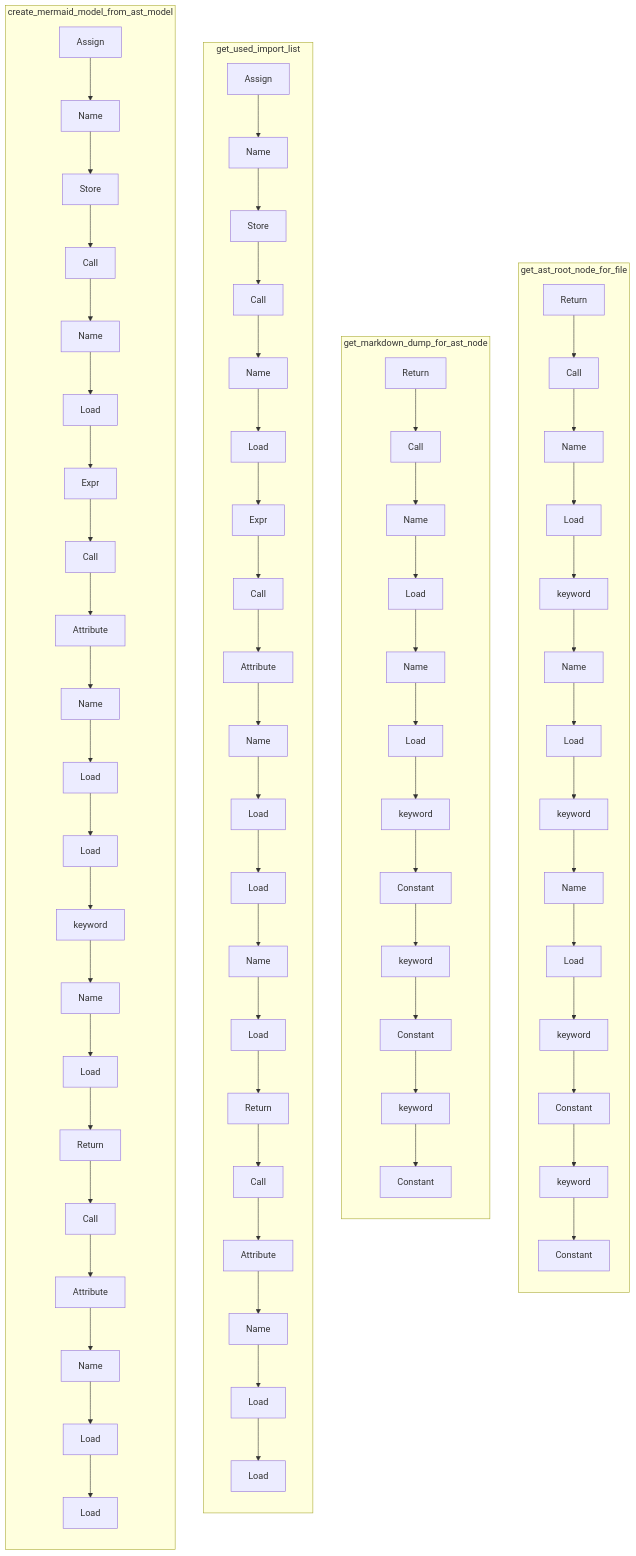
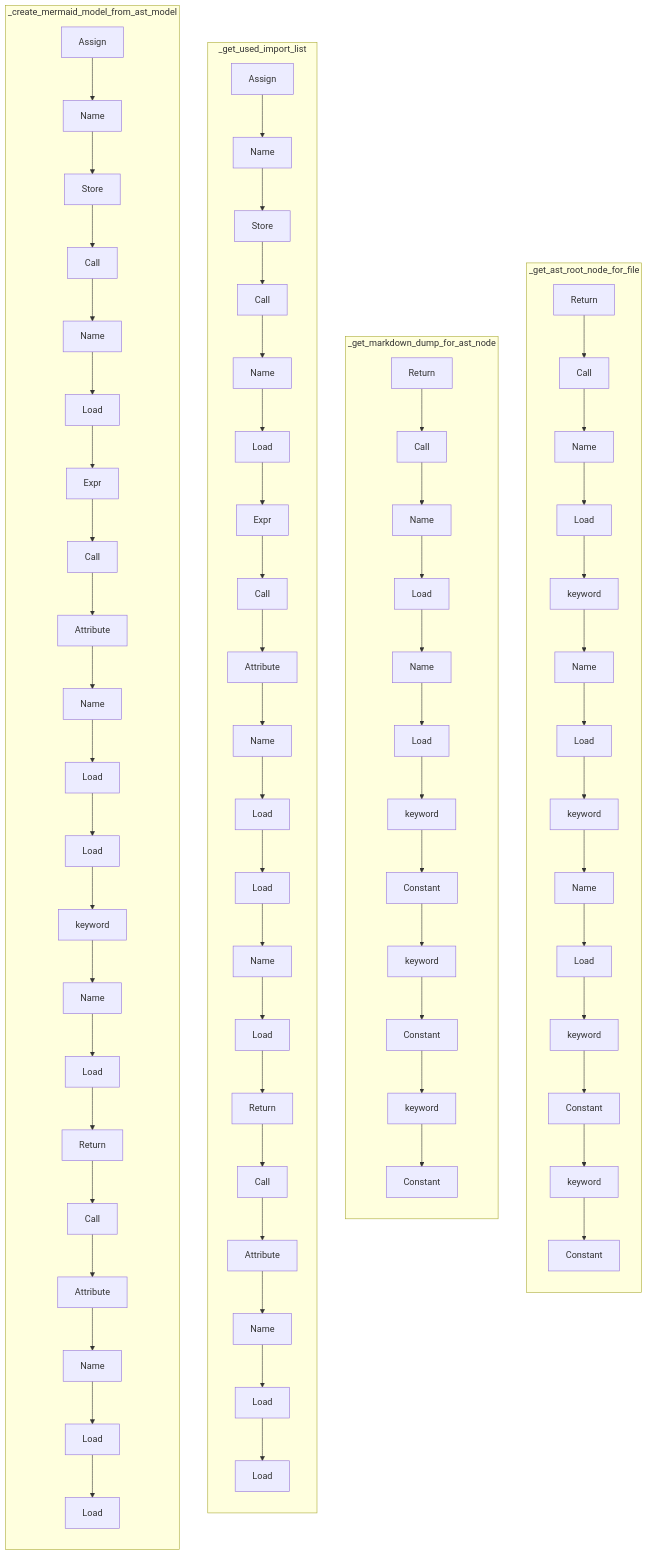
The diagram in docs/pyremaid/ast_tools/ast_tools.py.md (MichaelReel/pyremaid), drawn with Mermaid before and after one commit. The commit also changed 12 other files, not shown here.

````diff
--- a/docs/pyremaid/ast_tools/ast_tools.py.md
+++ b/docs/pyremaid/ast_tools/ast_tools.py.md
@@ -14,147 +14,147 @@
 ```mermaid
 flowchart TB
-  _get_ast_root_node_for_file_node_0["Return"]
-  _get_ast_root_node_for_file_node_1["Call"]
-  _get_ast_root_node_for_file_node_2["Name"]
-  _get_ast_root_node_for_file_node_3["Load"]
-  _get_ast_root_node_for_file_node_4["keyword"]
-  _get_ast_root_node_for_file_node_5["Name"]
-  _get_ast_root_node_for_file_node_6["Load"]
-  _get_ast_root_node_for_file_node_7["keyword"]
-  _get_ast_root_node_for_file_node_8["Name"]
-  _get_ast_root_node_for_file_node_9["Load"]
-  _get_ast_root_node_for_file_node_10["keyword"]
-  _get_ast_root_node_for_file_node_11["Constant"]
-  _get_ast_root_node_for_file_node_12["keyword"]
-  _get_ast_root_node_for_file_node_13["Constant"]
-  _get_markdown_dump_for_ast_node_node_0["Return"]
-  _get_markdown_dump_for_ast_node_node_1["Call"]
-  _get_markdown_dump_for_ast_node_node_2["Name"]
-  _get_markdown_dump_for_ast_node_node_3["Load"]
-  _get_markdown_dump_for_ast_node_node_4["Name"]
-  _get_markdown_dump_for_ast_node_node_5["Load"]
-  _get_markdown_dump_for_ast_node_node_6["keyword"]
-  _get_markdown_dump_for_ast_node_node_7["Constant"]
-  _get_markdown_dump_for_ast_node_node_8["keyword"]
-  _get_markdown_dump_for_ast_node_node_9["Constant"]
-  _get_markdown_dump_for_ast_node_node_10["keyword"]
-  _get_markdown_dump_for_ast_node_node_11["Constant"]
-  _get_used_import_list_node_0["Assign"]
-  _get_used_import_list_node_1["Name"]
-  _get_used_import_list_node_2["Store"]
-  _get_used_import_list_node_3["Call"]
-  _get_used_import_list_node_4["Name"]
-  _get_used_import_list_node_5["Load"]
-  _get_used_import_list_node_6["Expr"]
-  _get_used_import_list_node_7["Call"]
-  _get_used_import_list_node_8["Attribute"]
-  _get_used_import_list_node_9["Name"]
-  _get_used_import_list_node_10["Load"]
-  _get_used_import_list_node_11["Load"]
-  _get_used_import_list_node_12["Name"]
-  _get_used_import_list_node_13["Load"]
-  _get_used_import_list_node_14["Return"]
-  _get_used_import_list_node_15["Call"]
-  _get_used_import_list_node_16["Attribute"]
-  _get_used_import_list_node_17["Name"]
-  _get_used_import_list_node_18["Load"]
-  _get_used_import_list_node_19["Load"]
-  _create_mermaid_model_from_ast_model_node_0["Assign"]
-  _create_mermaid_model_from_ast_model_node_1["Name"]
-  _create_mermaid_model_from_ast_model_node_2["Store"]
-  _create_mermaid_model_from_ast_model_node_3["Call"]
-  _create_mermaid_model_from_ast_model_node_4["Name"]
-  _create_mermaid_model_from_ast_model_node_5["Load"]
-  _create_mermaid_model_from_ast_model_node_6["Expr"]
-  _create_mermaid_model_from_ast_model_node_7["Call"]
-  _create_mermaid_model_from_ast_model_node_8["Attribute"]
-  _create_mermaid_model_from_ast_model_node_9["Name"]
-  _create_mermaid_model_from_ast_model_node_10["Load"]
-  _create_mermaid_model_from_ast_model_node_11["Load"]
-  _create_mermaid_model_from_ast_model_node_12["keyword"]
-  _create_mermaid_model_from_ast_model_node_13["Name"]
-  _create_mermaid_model_from_ast_model_node_14["Load"]
-  _create_mermaid_model_from_ast_model_node_15["Return"]
-  _create_mermaid_model_from_ast_model_node_16["Call"]
-  _create_mermaid_model_from_ast_model_node_17["Attribute"]
-  _create_mermaid_model_from_ast_model_node_18["Name"]
-  _create_mermaid_model_from_ast_model_node_19["Load"]
-  _create_mermaid_model_from_ast_model_node_20["Load"]
+  _f48_n1433["Return"]
+  _f48_n1434["Call"]
+  _f48_n1435["Name"]
+  _f48_n1436["Load"]
+  _f48_n1437["keyword"]
+  _f48_n1438["Name"]
+  _f48_n1439["Load"]
+  _f48_n1440["keyword"]
+  _f48_n1441["Name"]
+  _f48_n1442["Load"]
+  _f48_n1443["keyword"]
+  _f48_n1444["Constant"]
+  _f48_n1445["keyword"]
+  _f48_n1446["Constant"]
+  _f49_n1447["Return"]
+  _f49_n1448["Call"]
+  _f49_n1449["Name"]
+  _f49_n1450["Load"]
+  _f49_n1451["Name"]
+  _f49_n1452["Load"]
+  _f49_n1453["keyword"]
+  _f49_n1454["Constant"]
+  _f49_n1455["keyword"]
+  _f49_n1456["Constant"]
+  _f49_n1457["keyword"]
+  _f49_n1458["Constant"]
+  _f50_n1459["Assign"]
+  _f50_n1460["Name"]
+  _f50_n1461["Store"]
+  _f50_n1462["Call"]
+  _f50_n1463["Name"]
+  _f50_n1464["Load"]
+  _f50_n1465["Expr"]
+  _f50_n1466["Call"]
+  _f50_n1467["Attribute"]
+  _f50_n1468["Name"]
+  _f50_n1469["Load"]
+  _f50_n1470["Load"]
+  _f50_n1471["Name"]
+  _f50_n1472["Load"]
+  _f50_n1473["Return"]
+  _f50_n1474["Call"]
+  _f50_n1475["Attribute"]
+  _f50_n1476["Name"]
+  _f50_n1477["Load"]
+  _f50_n1478["Load"]
+  _f51_n1479["Assign"]
+  _f51_n1480["Name"]
+  _f51_n1481["Store"]
+  _f51_n1482["Call"]
+  _f51_n1483["Name"]
+  _f51_n1484["Load"]
+  _f51_n1485["Expr"]
+  _f51_n1486["Call"]
+  _f51_n1487["Attribute"]
+  _f51_n1488["Name"]
+  _f51_n1489["Load"]
+  _f51_n1490["Load"]
+  _f51_n1491["keyword"]
+  _f51_n1492["Name"]
+  _f51_n1493["Load"]
+  _f51_n1494["Return"]
+  _f51_n1495["Call"]
+  _f51_n1496["Attribute"]
+  _f51_n1497["Name"]
+  _f51_n1498["Load"]
+  _f51_n1499["Load"]
 
-  subgraph get_ast_root_node_for_file
+  subgraph _get_ast_root_node_for_file
     direction TB
-    _get_ast_root_node_for_file_node_0 --> _get_ast_root_node_for_file_node_1
-    _get_ast_root_node_for_file_node_1 --> _get_ast_root_node_for_file_node_2
-    _get_ast_root_node_for_file_node_2 --> _get_ast_root_node_for_file_node_3
-    _get_ast_root_node_for_file_node_3 --> _get_ast_root_node_for_file_node_4
-    _get_ast_root_node_for_file_node_4 --> _get_ast_root_node_for_file_node_5
-    _get_ast_root_node_for_file_node_5 --> _get_ast_root_node_for_file_node_6
-    _get_ast_root_node_for_file_node_6 --> _get_ast_root_node_for_file_node_7
-    _get_ast_root_node_for_file_node_7 --> _get_ast_root_node_for_file_node_8
-    _get_ast_root_node_for_file_node_8 --> _get_ast_root_node_for_file_node_9
-    _get_ast_root_node_for_file_node_9 --> _get_ast_root_node_for_file_node_10
-    _get_ast_root_node_for_file_node_10 --> _get_ast_root_node_for_file_node_11
-    _get_ast_root_node_for_file_node_11 --> _get_ast_root_node_for_file_node_12
-    _get_ast_root_node_for_file_node_12 --> _get_ast_root_node_for_file_node_13
+    _f48_n1433 --> _f48_n1434
+    _f48_n1434 --> _f48_n1435
+    _f48_n1435 --> _f48_n1436
+    _f48_n1436 --> _f48_n1437
+    _f48_n1437 --> _f48_n1438
+    _f48_n1438 --> _f48_n1439
+    _f48_n1439 --> _f48_n1440
+    _f48_n1440 --> _f48_n1441
+    _f48_n1441 --> _f48_n1442
+    _f48_n1442 --> _f48_n1443
+    _f48_n1443 --> _f48_n1444
+    _f48_n1444 --> _f48_n1445
+    _f48_n1445 --> _f48_n1446
   end
-  subgraph get_markdown_dump_for_ast_node
+  subgraph _get_markdown_dump_for_ast_node
     direction TB
-    _get_markdown_dump_for_ast_node_node_0 --> _get_markdown_dump_for_ast_node_node_1
-    _get_markdown_dump_for_ast_node_node_1 --> _get_markdown_dump_for_ast_node_node_2
-    _get_markdown_dump_for_ast_node_node_2 --> _get_markdown_dump_for_ast_node_node_3
-    _get_markdown_dump_for_ast_node_node_3 --> _get_markdown_dump_for_ast_node_node_4
-    _get_markdown_dump_for_ast_node_node_4 --> _get_markdown_dump_for_ast_node_node_5
-    _get_markdown_dump_for_ast_node_node_5 --> _get_markdown_dump_for_ast_node_node_6
-    _get_markdown_dump_for_ast_node_node_6 --> _get_markdown_dump_for_ast_node_node_7
-    _get_markdown_dump_for_ast_node_node_7 --> _get_markdown_dump_for_ast_node_node_8
-    _get_markdown_dump_for_ast_node_node_8 --> _get_markdown_dump_for_ast_node_node_9
-    _get_markdown_dump_for_ast_node_node_9 --> _get_markdown_dump_for_ast_node_node_10
-    _get_markdown_dump_for_ast_node_node_10 --> _get_markdown_dump_for_ast_node_node_11
+    _f49_n1447 --> _f49_n1448
+    _f49_n1448 --> _f49_n1449
+    _f49_n1449 --> _f49_n1450
+    _f49_n1450 --> _f49_n1451
+    _f49_n1451 --> _f49_n1452
+    _f49_n1452 --> _f49_n1453
+    _f49_n1453 --> _f49_n1454
+    _f49_n1454 --> _f49_n1455
+    _f49_n1455 --> _f49_n1456
+    _f49_n1456 --> _f49_n1457
+    _f49_n1457 --> _f49_n1458
   end
-  subgraph get_used_import_list
+  subgraph _get_used_import_list
     direction TB
-    _get_used_import_list_node_0 --> _get_used_import_list_node_1
-    _get_used_import_list_node_1 --> _get_used_import_list_node_2
-    _get_used_import_list_node_2 --> _get_used_import_list_node_3
-    _get_used_import_list_node_3 --> _get_used_import_list_node_4
-    _get_used_import_list_node_4 --> _get_used_import_list_node_5
-    _get_used_import_list_node_5 --> _get_used_import_list_node_6
-    _get_used_import_list_node_6 --> _get_used_import_list_node_7
-    _get_used_import_list_node_7 --> _get_used_import_list_node_8
-    _get_used_import_list_node_8 --> _get_used_import_list_node_9
-    _get_used_import_list_node_9 --> _get_used_import_list_node_10
-    _get_used_import_list_node_10 --> _get_used_import_list_node_11
-    _get_used_import_list_node_11 --> _get_used_import_list_node_12
-    _get_used_import_list_node_12 --> _get_used_import_list_node_13
-    _get_used_import_list_node_13 --> _get_used_import_list_node_14
-    _get_used_import_list_node_14 --> _get_used_import_list_node_15
-    _get_used_import_list_node_15 --> _get_used_import_list_node_16
-    _get_used_import_list_node_16 --> _get_used_import_list_node_17
-    _get_used_import_list_node_17 --> _get_used_import_list_node_18
-    _get_used_import_list_node_18 --> _get_used_import_list_node_19
+    _f50_n1459 --> _f50_n1460
+    _f50_n1460 --> _f50_n1461
+    _f50_n1461 --> _f50_n1462
+    _f50_n1462 --> _f50_n1463
+    _f50_n1463 --> _f50_n1464
+    _f50_n1464 --> _f50_n1465
+    _f50_n1465 --> _f50_n1466
+    _f50_n1466 --> _f50_n1467
+    _f50_n1467 --> _f50_n1468
+    _f50_n1468 --> _f50_n1469
+    _f50_n1469 --> _f50_n1470
+    _f50_n1470 --> _f50_n1471
+    _f50_n1471 --> _f50_n1472
+    _f50_n1472 --> _f50_n1473
+    _f50_n1473 --> _f50_n1474
+    _f50_n1474 --> _f50_n1475
+    _f50_n1475 --> _f50_n1476
+    _f50_n1476 --> _f50_n1477
+    _f50_n1477 --> _f50_n1478
   end
-  subgraph create_mermaid_model_from_ast_model
+  subgraph _create_mermaid_model_from_ast_model
     direction TB
-    _create_mermaid_model_from_ast_model_node_0 --> _create_mermaid_model_from_ast_model_node_1
-    _create_mermaid_model_from_ast_model_node_1 --> _create_mermaid_model_from_ast_model_node_2
-    _create_mermaid_model_from_ast_model_node_2 --> _create_mermaid_model_from_ast_model_node_3
-    _create_mermaid_model_from_ast_model_node_3 --> _create_mermaid_model_from_ast_model_node_4
-    _create_mermaid_model_from_ast_model_node_4 --> _create_mermaid_model_from_ast_model_node_5
-    _create_mermaid_model_from_ast_model_node_5 --> _create_mermaid_model_from_ast_model_node_6
-    _create_mermaid_model_from_ast_model_node_6 --> _create_mermaid_model_from_ast_model_node_7
-    _create_mermaid_model_from_ast_model_node_7 --> _create_mermaid_model_from_ast_model_node_8
-    _create_mermaid_model_from_ast_model_node_8 --> _create_mermaid_model_from_ast_model_node_9
-    _create_mermaid_model_from_ast_model_node_9 --> _create_mermaid_model_from_ast_model_node_10
-    _create_mermaid_model_from_ast_model_node_10 --> _create_mermaid_model_from_ast_model_node_11
-    _create_mermaid_model_from_ast_model_node_11 --> _create_mermaid_model_from_ast_model_node_12
-    _create_mermaid_model_from_ast_model_node_12 --> _create_mermaid_model_from_ast_model_node_13
-    _create_mermaid_model_from_ast_model_node_13 --> _create_mermaid_model_from_ast_model_node_14
-    _create_mermaid_model_from_ast_model_node_14 --> _create_mermaid_model_from_ast_model_node_15
-    _create_mermaid_model_from_ast_model_node_15 --> _create_mermaid_model_from_ast_model_node_16
-    _create_mermaid_model_from_ast_model_node_16 --> _create_mermaid_model_from_ast_model_node_17
-    _create_mermaid_model_from_ast_model_node_17 --> _create_mermaid_model_from_ast_model_node_18
-    _create_mermaid_model_from_ast_model_node_18 --> _create_mermaid_model_from_ast_model_node_19
-    _create_mermaid_model_from_ast_model_node_19 --> _create_mermaid_model_from_ast_model_node_20
+    _f51_n1479 --> _f51_n1480
+    _f51_n1480 --> _f51_n1481
+    _f51_n1481 --> _f51_n1482
+    _f51_n1482 --> _f51_n1483
+    _f51_n1483 --> _f51_n1484
+    _f51_n1484 --> _f51_n1485
+    _f51_n1485 --> _f51_n1486
+    _f51_n1486 --> _f51_n1487
+    _f51_n1487 --> _f51_n1488
+    _f51_n1488 --> _f51_n1489
+    _f51_n1489 --> _f51_n1490
+    _f51_n1490 --> _f51_n1491
+    _f51_n1491 --> _f51_n1492
+    _f51_n1492 --> _f51_n1493
+    _f51_n1493 --> _f51_n1494
+    _f51_n1494 --> _f51_n1495
+    _f51_n1495 --> _f51_n1496
+    _f51_n1496 --> _f51_n1497
+    _f51_n1497 --> _f51_n1498
+    _f51_n1498 --> _f51_n1499
   end
 
 ```
````
